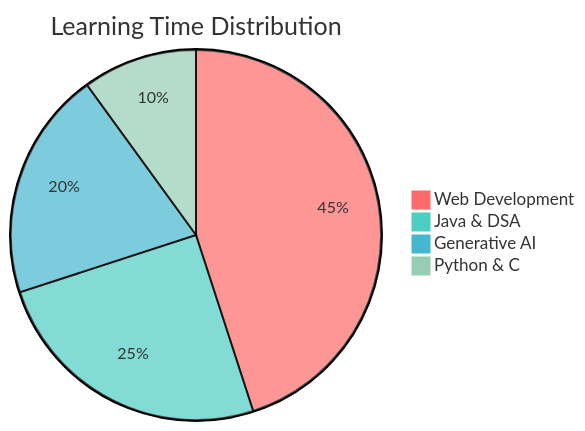
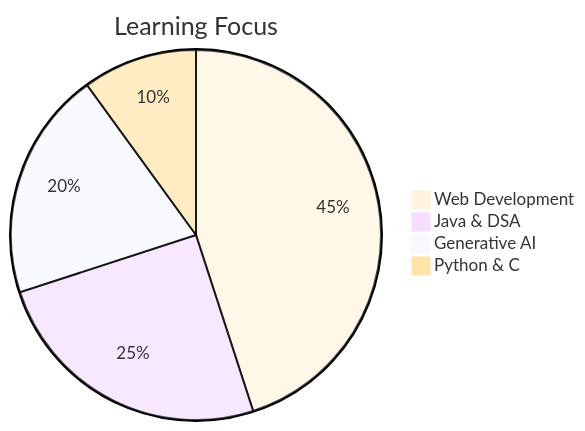
Before and after one commit to aditya25shah/aditya25shah: the third of 5 diagrams in README.md, drawn with Mermaid. The commit also changed other lines of this file, not shown here.

````diff
--- a/README.md
+++ b/README.md
@@ -112,8 +92,9 @@
 ```mermaid
-%%{init: {'theme':'base', 'themeVariables': { 'pie1': '#ff6b6b', 'pie2': '#4ecdc4', 'pie3': '#45b7d1', 'pie4': '#96ceb4', 'pieSectionTextSize': '16px'}}}%%
-pie title Learning Time Distribution
+%%{init: {'theme':'base'}}%%
+pie title Learning Focus
     "Web Development" : 45
     "Java & DSA" : 25
     "Generative AI" : 20
     "Python & C" : 10
+
 ```
````
